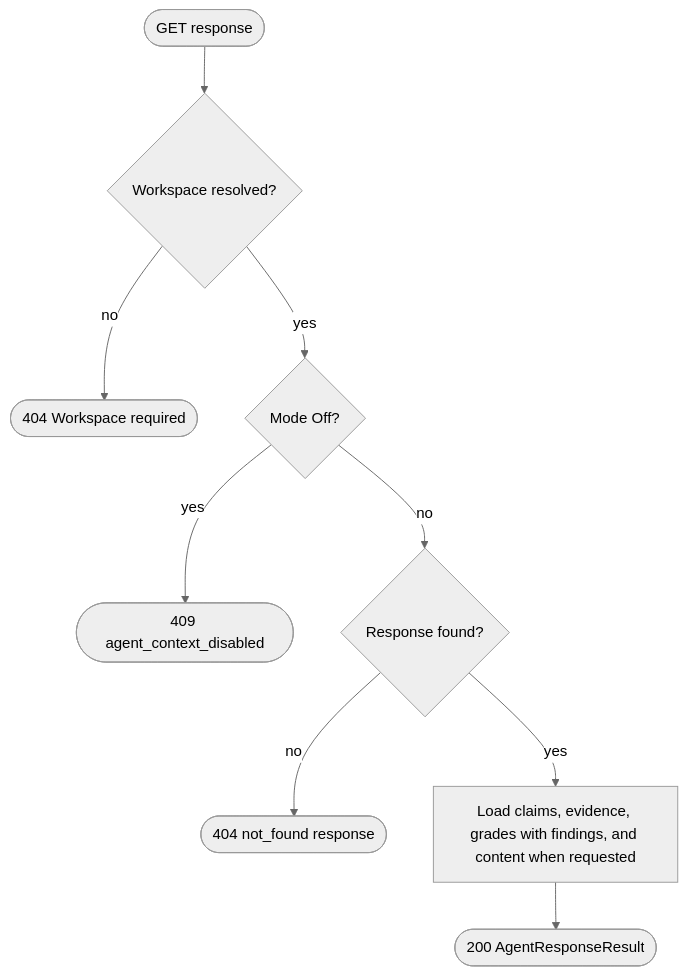
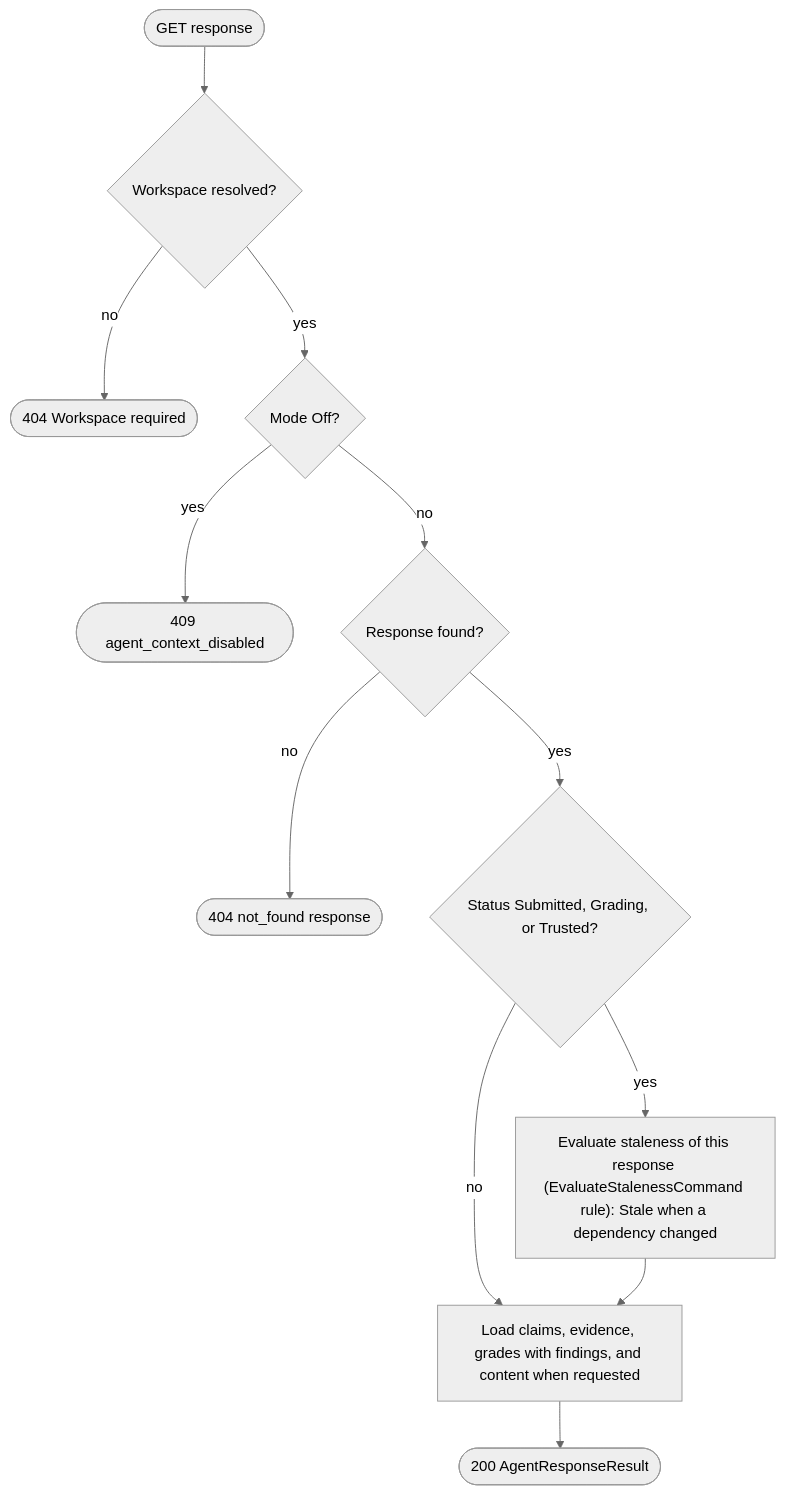
The ninth of 59 diagrams in docs/Stateless-Agent-Context-Management.md (sharpninja/McpServer), drawn with Mermaid (neutral theme) before and after one commit. The commit also changed other lines of this file and 2 other files, not shown here.

First line of the commit message:
docs: fixes for plan-readiness HV round 4 findings R4-F1..R4-F14

````diff
--- a/docs/Stateless-Agent-Context-Management.md
+++ b/docs/Stateless-Agent-Context-Management.md
@@ -470,11 +478,14 @@
 ```mermaid
 flowchart TD
     S(["GET response"]) --> W{"Workspace resolved?"}
     W -->|no| E0(["404 Workspace required"])
     W -->|yes| MO{"Mode Off?"}
     MO -->|yes| E1(["409 agent_context_disabled"])
     MO -->|no| F{"Response found?"}
     F -->|no| E2(["404 not_found response"])
-    F -->|yes| L["Load claims, evidence, grades with findings, and content when requested"]
+    F -->|yes| FR{"Status Submitted, Grading, or Trusted?"}
+    FR -->|yes| ST["Evaluate staleness of this response (EvaluateStalenessCommand rule): Stale when a dependency changed"]
+    FR -->|no| L
+    ST --> L["Load claims, evidence, grades with findings, and content when requested"]
     L --> R(["200 AgentResponseResult"])
 ```
````
